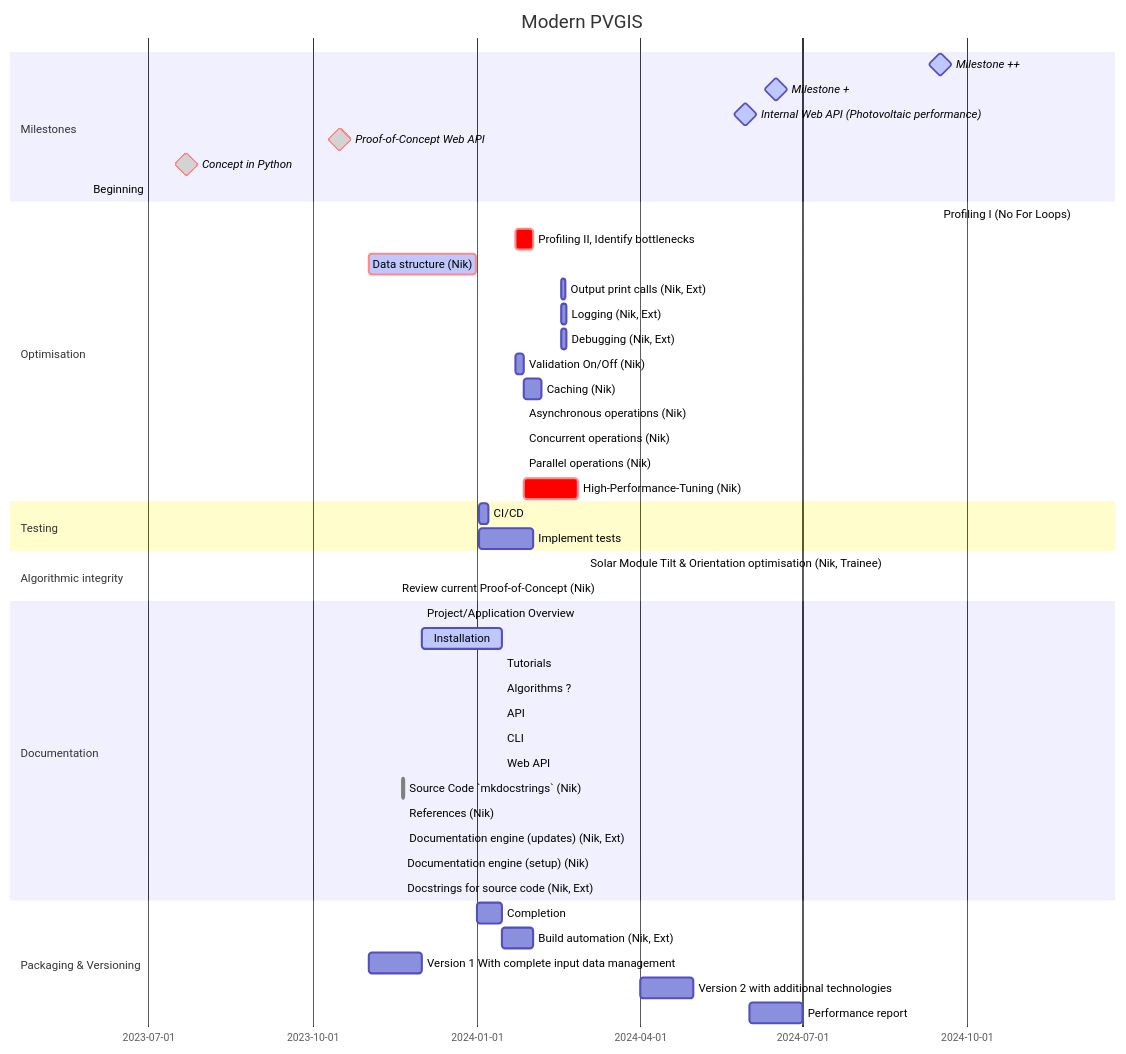
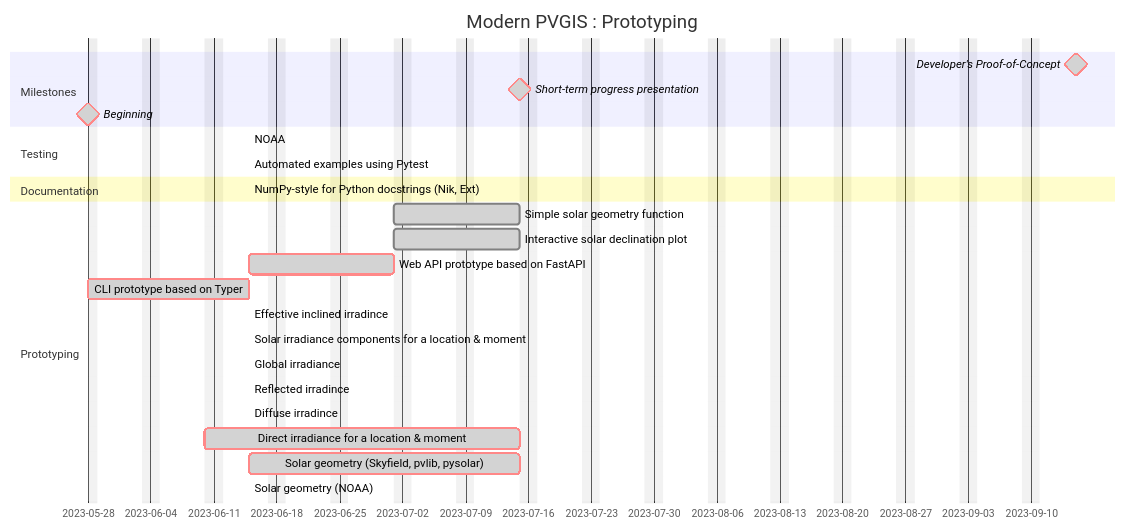
One commit to NikosAlexandris/pvgis-prototype changed the third of 3 diagrams in docs/development/gantt.md. Above: the diagram before and after it, drawn with Mermaid. The commit also changed other lines of this file and 17 other files, not shown here.

````diff
--- a/docs/development/gantt.md
+++ b/docs/development/gantt.md
@@ -16,57 +92,34 @@
 ``` mermaid
 gantt
-    title Modern PVGIS
+    title Modern PVGIS : Prototyping
     dateFormat  YYYY-MM-DD
-    todayMarker stroke-width:5px,stroke:#0f0,opacity:0.5
+    todayMarker Off
+    excludes weekends
+    tickInterval 1week
 
-    section Milestones    
-    Milestone ++ : active, milestone, Milestone_5, 2024-09-01, 30d
-    Milestone +  : active, milestone, Milestone_4, 2024-06-01, 30d
-    Internal Web API (Photovoltaic performance) : active, milestone, Milestone_3, 2024-05-15, 30d
-    Proof-of-Concept Web API : done, crit, milestone, Milestone_2, after Milestone_1, 2023-11-16
-    Concept in Python        : done, crit, milestone, Milestone_1, 2023-05-28, 2023-09-15
-    Beginning : done, crit, 2023-05-28
-
-    section Optimisation
-    Profiling I (No For Loops) : crit, 2024-12-01, 2h
-    Profiling II, Identify bottlenecks : crit, Profiling_2, 2024-01-22, 10d
-    Data structure (Nik)       : active, crit, DataStructure, 2023-11-01, 60d
-    Output print calls (Nik, Ext)       : Print,         2024-02-17, 2d
-    Logging (Nik, Ext)         : Logging,       2024-02-17, 3d
-    Debugging (Nik, Ext)             : Debugging,     2024-02-17, 3d
-    Validation On/Off (Nik)          : Validation,    2024-01-22, 5d
-    Caching (Nik)                    : Caching, after Validation, 10d
-    Asynchronous operations (Nik)    : Asynchronous, after Validation,
-    Concurrent operations (Nik)      : Concurrent, after Validation,
-    Parallel operations (Nik)        : Parallel, after Validation,
-    High-Performance-Tuning (Nik)    : crit, HighPerformance, after Parallel, 30d
+    section Milestones
+    Developer's Proof-of-Concept : milestone, crit, done, Concept-in-Python, 2023-09-15,
+    Short-term progress presentation : milestone, crit, done, 2023-07-15,
+    Beginning : milestone, done, crit, Beginning, 2023-05-28,
 
     section Testing
-    CI/CD            : 2024-01-02, 5d
-    Implement tests  : 2024-01-02, 30d
-    
-    section Algorithmic integrity
-    Solar Module Tilt & Orientation optimisation (Nik, Trainee) : 2024-03-01, 5m
-    Review current Proof-of-Concept (Nik) : active, PoC, 2023-11-17,
-    
+    NOAA : after Pytests,
+    Automated examples using Pytest : crit, Pytests, after NOAA,
+
     section Documentation
-    Project/Application Overview : active, 2023-12-01,
-    Installation : active, 2024-01-15
-    Tutorials : active, 
-    Algorithms ? : active,
-    API : active, 2024-01-15,
-    CLI : active, 2024-01-15,
-    Web API : active, 2024-01-15,
-    Source Code `mkdocstrings` (Nik) : done, after MkDocs, 1d
-    References (Nik) : active,
-    Documentation engine (updates) (Nik, Ext) : active, after MkDocs
-    Documentation engine (setup) (Nik)  : done, MkDocs, 2023-11-20,
-    Docstrings for source code (Nik, Ext)  : active,
+    NumPy-style for Python docstrings (Nik, Ext)  : active,
 
-    section Packaging & Versioning
-    Completion       : 2024-01-01, 14d
-    Build automation (Nik, Ext) : 2024-02-01 
-    Version 1 With complete input data management  : Version_1, 2023-11-01, 30d
-    Version 2 with additional technologies         : Version_2, 2024-04-01, 30d
-    Performance report                             : Performance, 2024-06-01, 30d
+    section Prototyping
+    Simple solar geometry function : done, after WebAPI, 2023-07-15
+    Interactive solar declination plot : done, after WebAPI, 2023-07-15
+    Web API prototype based on FastAPI: crit, done, WebAPI, after CLI, 2023-07-01
+    CLI prototype based on Typer : crit, done, CLI, after Beginning, 2023-06-15
+    Effective inclined irradince : crit, done, after Global-Inclined,
+    Solar irradiance components for a location & moment : done, after Global-Inclined,
+    Global irradiance : crit, done, Global-Inclined, after Reflected-Inclined,
+    Reflected irradince : crit, done, Reflected-Inclined, after NOAA,
+    Diffuse irradince : crit, done, Diffuse-Inclined, after NOAA,
+    Direct irradiance for a location & moment : crit, done, Direct-Inclined, 2023-06-10, 2023-07-15
+    Solar geometry (Skyfield, pvlib, pysolar): crit, done, after NOAA, 2023-07-15
+    Solar geometry (NOAA): crit, done, NOAA, 2023-06-15,
 ```
````
